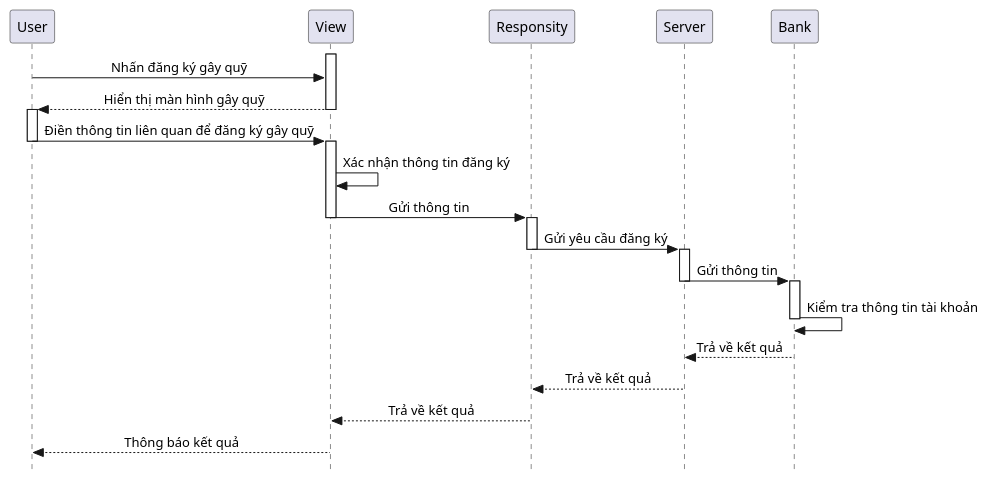
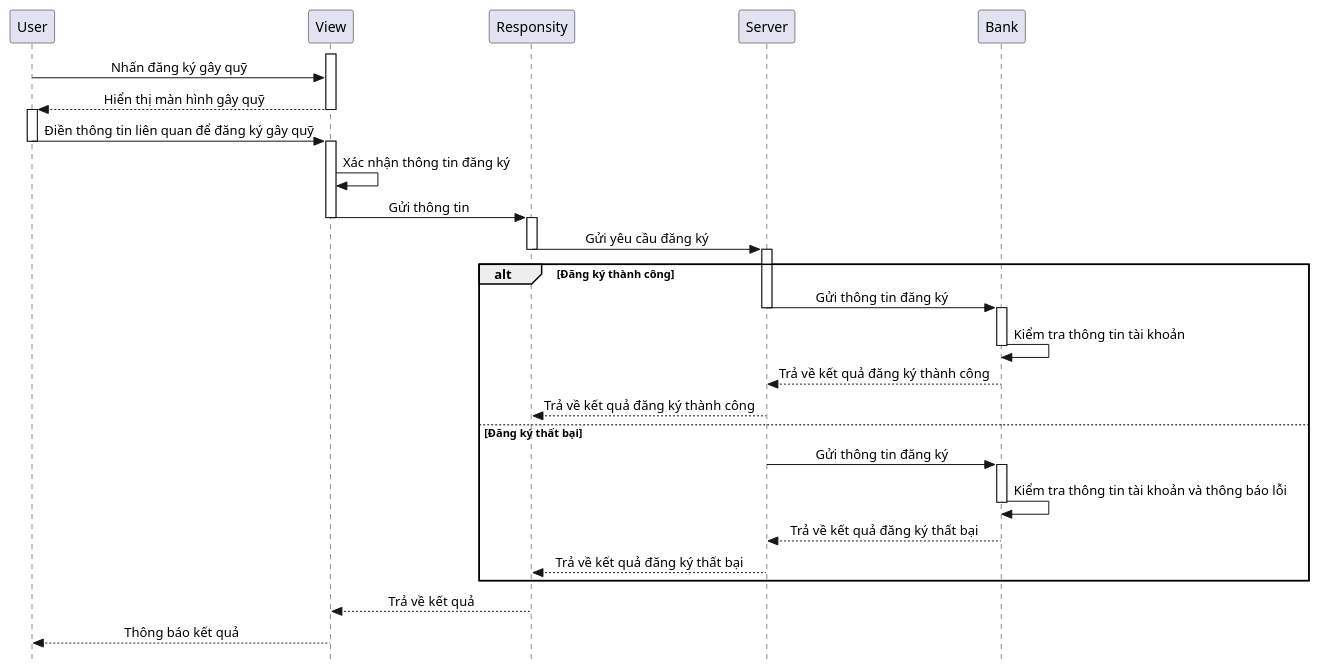
The diagram in Lab1/Lab1.2/Fundarasing/Fundarasing_Seq.puml (HiimDucManh/SE357-Pratice-class), drawn with PlantUML before and after one commit. The commit also changed 6 other files, not shown here.

```diff
--- a/Lab1/Lab1.2/Fundarasing/Fundarasing_Seq.puml
+++ b/Lab1/Lab1.2/Fundarasing/Fundarasing_Seq.puml
@@ -1,42 +1,57 @@
-@startuml Fundarasing Sequence
+@startuml FundraisingSequence
 skinparam style strictuml
 skinparam SequenceMessageAlignment center
 
 participant User
 participant View
 participant Responsity
 participant Server
 participant Bank
 
 activate View
-User -> View : Nhấn đăng ký gây quỹ
-View --> User : Hiển thị màn hình gây quỹ
+User -> View: Nhấn đăng ký gây quỹ
+View --> User: Hiển thị màn hình gây quỹ
 deactivate View
 
 activate User
 User -> View: Điền thông tin liên quan để đăng ký gây quỹ
 deactivate User
 
 activate View
 View -> View: Xác nhận thông tin đăng ký
-View -> Responsity : Gửi thông tin
+View -> Responsity: Gửi thông tin
 deactivate View
 
 activate Responsity
 Responsity -> Server: Gửi yêu cầu đăng ký
 deactivate Responsity
 
 activate Server
-Server -> Bank : Gửi thông tin
-deactivate Server
+alt Đăng ký thành công
+    Server -> Bank: Gửi thông tin đăng ký
+    deactivate Server
 
-activate Bank
-Bank -> Bank : Kiểm tra thông tin tài khoản
-deactivate Bank
+    activate Bank
+    Bank -> Bank: Kiểm tra thông tin tài khoản
+    deactivate Bank
 
-Bank --> Server: Trả về kết quả
-Server --> Responsity: Trả về kết quả
+    Bank --> Server: Trả về kết quả đăng ký thành công
+    Server --> Responsity: Trả về kết quả đăng ký thành công
+else Đăng ký thất bại
+    Server -> Bank: Gửi thông tin đăng ký
+    deactivate Server
+
+    activate Bank
+    Bank -> Bank: Kiểm tra thông tin tài khoản và thông báo lỗi
+    deactivate Bank
+
+    Bank --> Server: Trả về kết quả đăng ký thất bại
+    Server --> Responsity: Trả về kết quả đăng ký thất bại
+end
+
+deactivate Responsity
+
 Responsity --> View: Trả về kết quả
 View --> User: Thông báo kết quả
 
 @enduml
```
